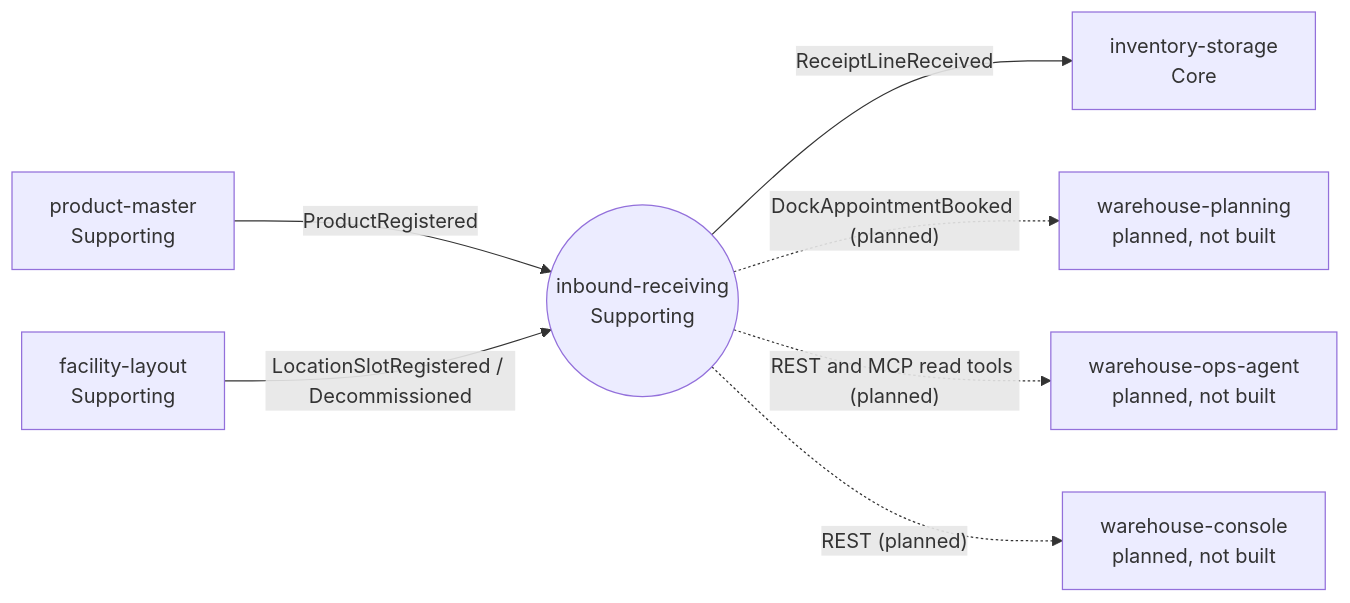
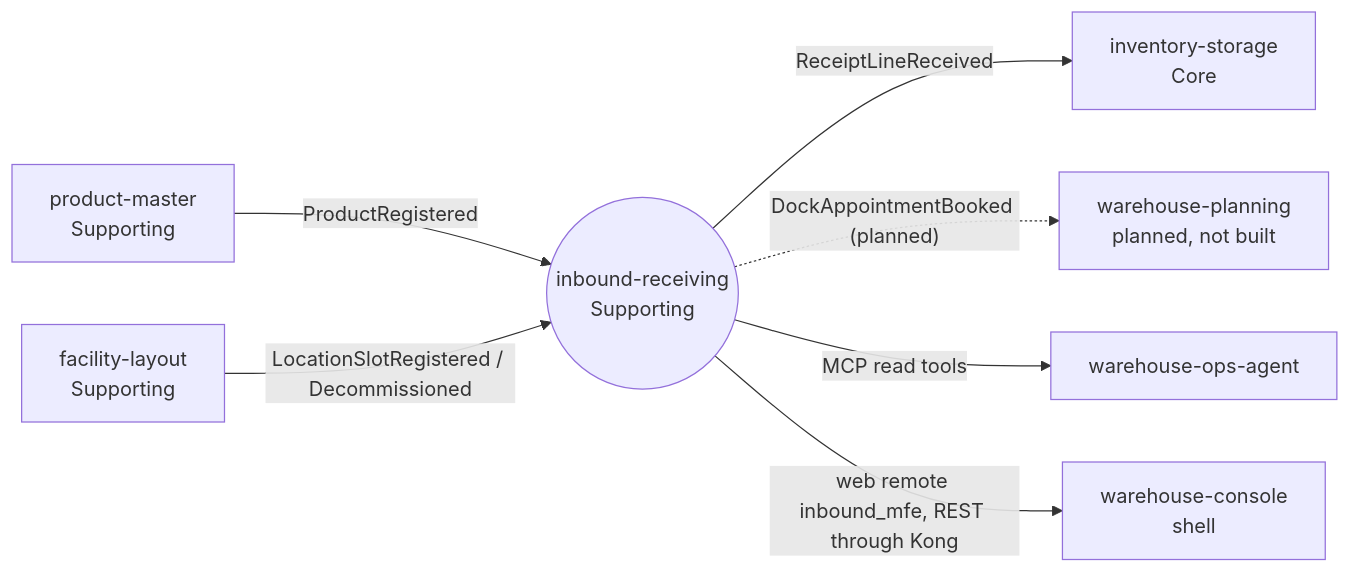
Before and after one commit to IQVO/inbound-receiving: the diagram in docs/docs/overview/context.md, drawn with Mermaid. The commit also changed other lines of this file and 2 other files, not shown here.

Commit message:
docs(overview): describe MCP, analytics read side and web remote on develop

````diff
--- a/docs/docs/overview/context.md
+++ b/docs/docs/overview/context.md
@@ -29,17 +29,17 @@
 ```mermaid
 flowchart LR
   IR(("inbound-receiving<br/>Supporting"))
   PM["product-master<br/>Supporting"]
   FL["facility-layout<br/>Supporting"]
   INV["inventory-storage<br/>Core"]
   WP["warehouse-planning<br/>planned, not built"]
-  OPS["warehouse-ops-agent<br/>planned, not built"]
-  CON["warehouse-console<br/>planned, not built"]
+  OPS["warehouse-ops-agent"]
+  CON["warehouse-console<br/>shell"]
 
   PM -- "ProductRegistered" --> IR
   FL -- "LocationSlotRegistered / Decommissioned" --> IR
   IR -- "ReceiptLineReceived" --> INV
   IR -. "DockAppointmentBooked (planned)" .-> WP
-  IR -. "REST and MCP read tools (planned)" .-> OPS
-  IR -. "REST (planned)" .-> CON
+  IR -- "MCP read tools" --> OPS
+  IR -- "web remote inbound_mfe, REST through Kong" --> CON
 ```
````
